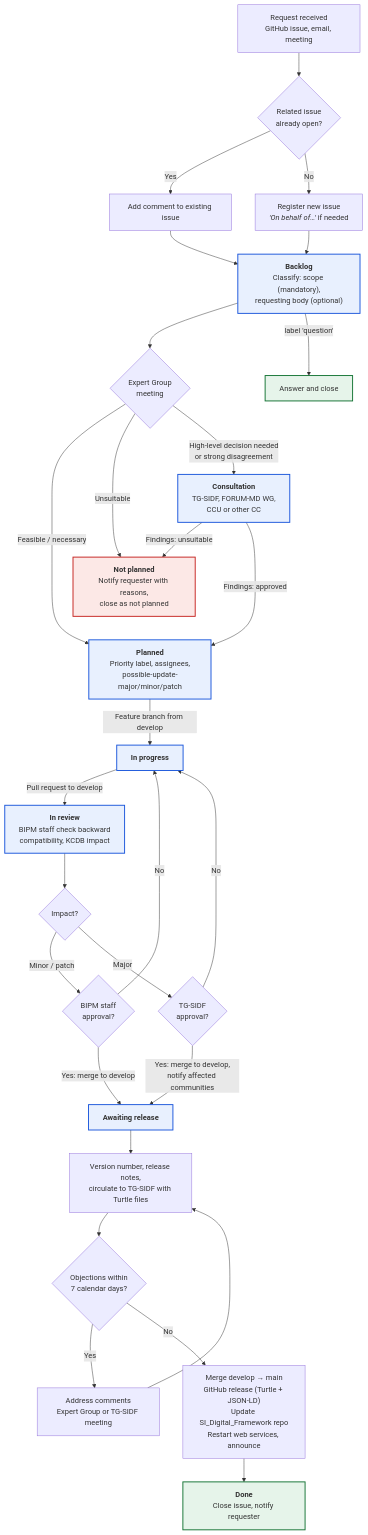
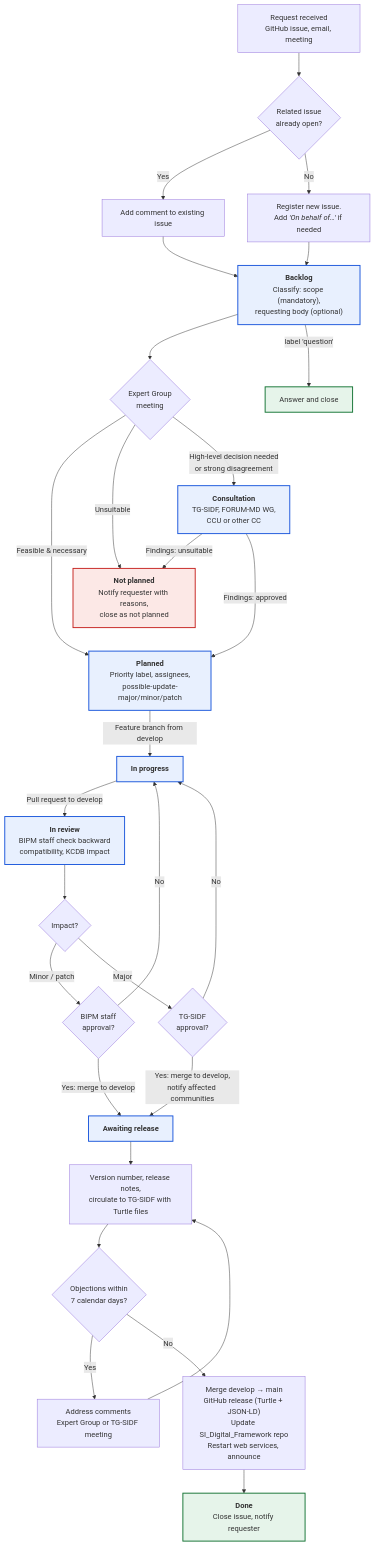
The diagram in governance_model.md (TheBIPM/SI-Reference-Point-generation-scripts), drawn with Mermaid before and after one commit.

Commit message:
minor edit in mermaid diagram

````diff
--- a/governance_model.md
+++ b/governance_model.md
@@ -243,44 +243,44 @@
 ``` mermaid
 flowchart TB
     REQ["Request received<br>GitHub issue, email, meeting"] --> DUP{"Related issue<br>already open?"}
     DUP -- Yes --> CMT["Add comment to existing issue"]
-    DUP -- No --> NEW@{ label: "Register new issue<br>*'On behalf of…'* if needed" }
+    DUP -- No --> NEW@{ label: "Register new issue.<br>Add *'On behalf of…'* if needed" }
     CMT --> BL["`**Backlog**<br>Classify: scope (mandatory),<br>requesting body (optional)`"]
     NEW --> BL
     BL --> EG{"Expert Group<br>meeting"}
     BL -- label 'question' --> QA["Answer and close"]
-    EG -- Feasible / necessary --> PL["`**Planned**<br>Priority label, assignees,<br>possible-update-major/minor/patch`"]
+    EG -- Feasible & necessary --> PL["`**Planned**<br>Priority label, assignees,<br>possible-update-major/minor/patch`"]
     EG -- Unsuitable --> NP["`**Not planned**<br>Notify requester with reasons,<br>close as not planned`"]
     EG -- "High-level decision needed <br>or strong disagreement" --> CO["`**Consultation**<br>TG-SIDF, FORUM-MD WG,<br>CCU or other CC`"]
     CO -- Findings: unsuitable --> NP
     CO -- Findings: approved ---> PL
     PL -- Feature branch from develop --> IP["`**In progress**`"]
     IP -- Pull request to develop --> IR["`**In review**<br>BIPM staff check backward<br>compatibility, KCDB impact`"]
     IR --> IMP{"Impact?"}
     IMP -- Minor / patch --> BS{"BIPM staff<br>approval?"}
     IMP -- Major --> TG{"TG-SIDF<br>approval?"}
     BS -- No --> IP
     TG -- No --> IP
     BS -- Yes: merge to develop --> AR["`**Awaiting release**`"]
     TG -- Yes: merge to develop,<br>notify affected communities --> AR
     AR --> RN["Version number, release notes,<br>circulate to TG-SIDF with Turtle files"]
     RN --> OBJ{"Objections within<br>7 calendar days?"}
     OBJ -- Yes --> AC["Address comments<br>Expert Group or TG-SIDF meeting"]
     AC --> RN
     OBJ -- No --> PUB["Merge develop → main<br>GitHub release (Turtle + JSON-LD)<br>Update SI_Digital_Framework repo<br>Restart web services, announce"]
     PUB --> DN["`**Done**<br>Close issue, notify requester`"]
 
     NEW@{ shape: rect}
      BL:::status
      QA:::terminal
      PL:::status
      NP:::reject
      CO:::status
      IP:::status
      IR:::status
      AR:::status
      DN:::terminal
     classDef status fill:#e8f0fe,stroke:#1a56db,stroke-width:2px
     classDef terminal fill:#e6f4ea,stroke:#137333,stroke-width:2px
     classDef reject fill:#fce8e6,stroke:#c5221f,stroke-width:2px
 ```
````
